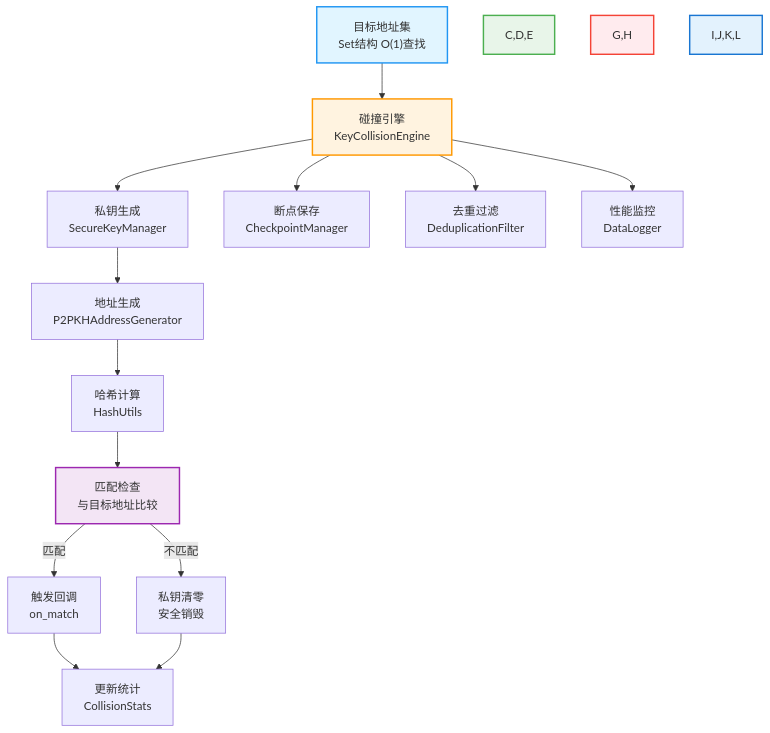
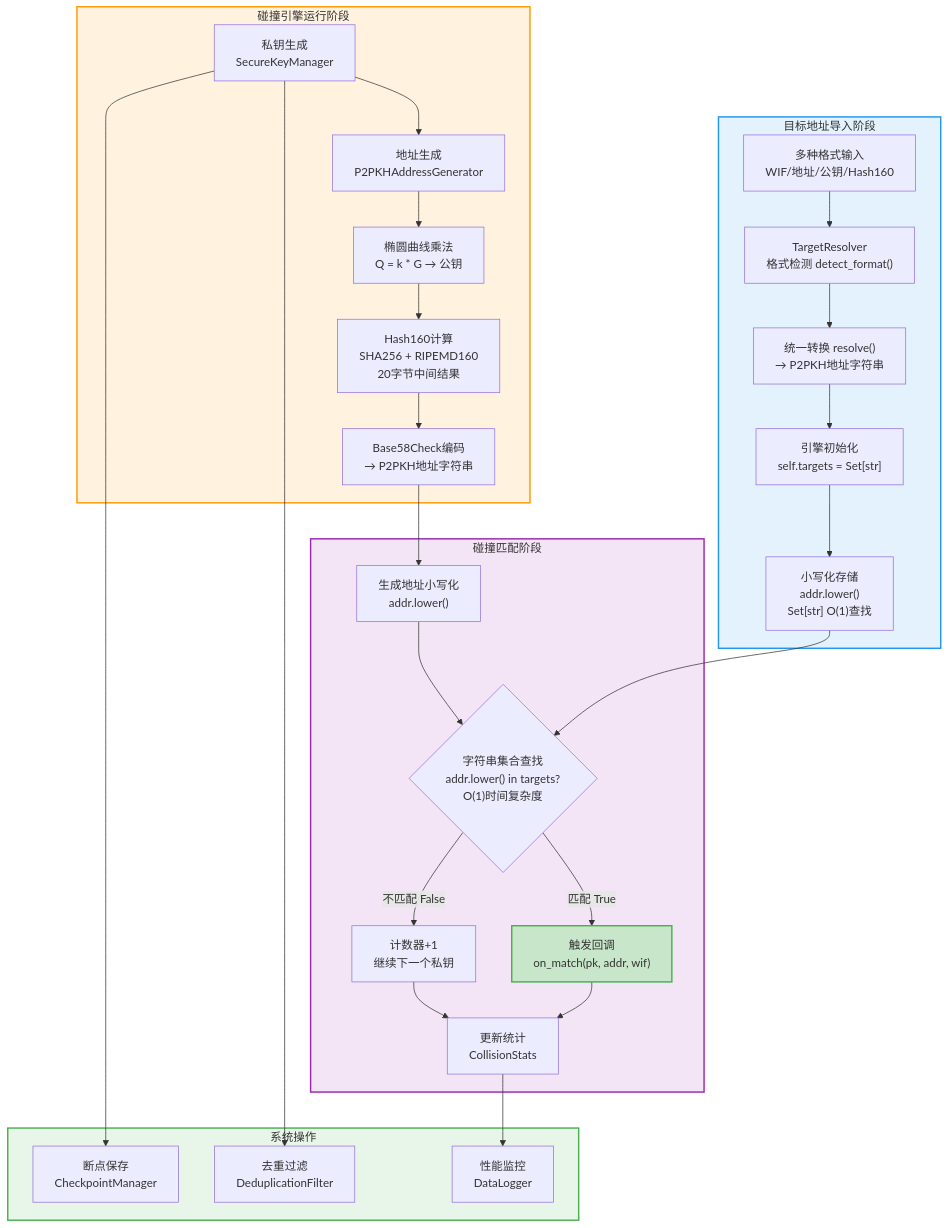
The fifth of 9 diagrams in docs/topology-diagrams.md (Pengkang-OP/btc-collision-engine), drawn with Mermaid before and after one commit. The commit also changed other lines of this file and 144 other files, not shown here.

````diff
--- a/docs/topology-diagrams.md
+++ b/docs/topology-diagrams.md
@@ -229,22 +237,38 @@
 ```mermaid
 flowchart TD
-    A["目标地址集<br/>Set结构 O(1)查找"] --> B["碰撞引擎<br/>KeyCollisionEngine"]
-    B --> C["私钥生成<br/>SecureKeyManager"]
-    C --> D["地址生成<br/>P2PKHAddressGenerator"]
-    D --> E["哈希计算<br/>HashUtils"]
-    E --> F["匹配检查<br/>与目标地址比较"]
-    F -->|匹配| G["触发回调<br/>on_match"]
-    F -->|不匹配| H["私钥清零<br/>安全销毁"]
-    G --> I["更新统计<br/>CollisionStats"]
-    H --> I
-    B --> J["断点保存<br/>CheckpointManager"]
-    B --> K["去重过滤<br/>DeduplicationFilter"]
-    B --> L["性能监控<br/>DataLogger"]
+    subgraph TargetImport["目标地址导入阶段"]
+        A1["多种格式输入<br/>WIF/地址/公钥/Hash160"] --> A2["TargetResolver<br/>格式检测 detect_format()"]
+        A2 --> A3["统一转换 resolve()<br/>→ P2PKH地址字符串"]
+        A3 --> A4["引擎初始化<br/>self.targets = Set[str]"]
+        A4 --> A5["小写化存储<br/>addr.lower()<br/>Set[str] O(1)查找"]
+    end
     
-    style A fill:#e1f5ff,stroke:#2196f3,stroke-width:2px;
-    style B fill:#fff3e0,stroke:#ff9800,stroke-width:2px;
-    style C,D,E fill:#e8f5e9,stroke:#4caf50,stroke-width:2px;
-    style F fill:#f3e5f5,stroke:#9c27b0,stroke-width:2px;
-    style G,H fill:#ffebee,stroke:#f44336,stroke-width:2px;
-    style I,J,K,L fill:#e3f2fd,stroke:#1976d2,stroke-width:2px;
+    subgraph CollisionEngine["碰撞引擎运行阶段"]
+        B1["私钥生成<br/>SecureKeyManager"] --> B2["地址生成<br/>P2PKHAddressGenerator"]
+        B2 --> B3["椭圆曲线乘法<br/>Q = k * G → 公钥"]
+        B3 --> B4["Hash160计算<br/>SHA256 + RIPEMD160<br/>20字节中间结果"]
+        B4 --> B5["Base58Check编码<br/>→ P2PKH地址字符串"]
+    end
+    
+    subgraph MatchProcess["碰撞匹配阶段"]
+        B5 --> C1["生成地址小写化<br/>addr.lower()"]
+        A5 --> C2{"字符串集合查找<br/>addr.lower() in targets?<br/>O(1)时间复杂度"}
+        C1 --> C2
+        C2 -->|匹配 True| D1["触发回调<br/>on_match(pk, addr, wif)"]
+        C2 -->|不匹配 False| D2["计数器+1<br/>继续下一个私钥"]
+        D1 --> D3["更新统计<br/>CollisionStats"]
+        D2 --> D3
+    end
+    
+    subgraph SystemOps["系统操作"]
+        B1 --> E1["断点保存<br/>CheckpointManager"]
+        B1 --> E2["去重过滤<br/>DeduplicationFilter"]
+        D3 --> E3["性能监控<br/>DataLogger"]
+    end
+    
+    style TargetImport fill:#e3f2fd,stroke:#2196f3,stroke-width:2px
+    style CollisionEngine fill:#fff3e0,stroke:#ff9800,stroke-width:2px
+    style MatchProcess fill:#f3e5f5,stroke:#9c27b0,stroke-width:2px
+    style SystemOps fill:#e8f5e9,stroke:#4caf50,stroke-width:2px
+    style D1 fill:#c8e6c9,stroke:#4caf50,stroke-width:2px
 ```
````
